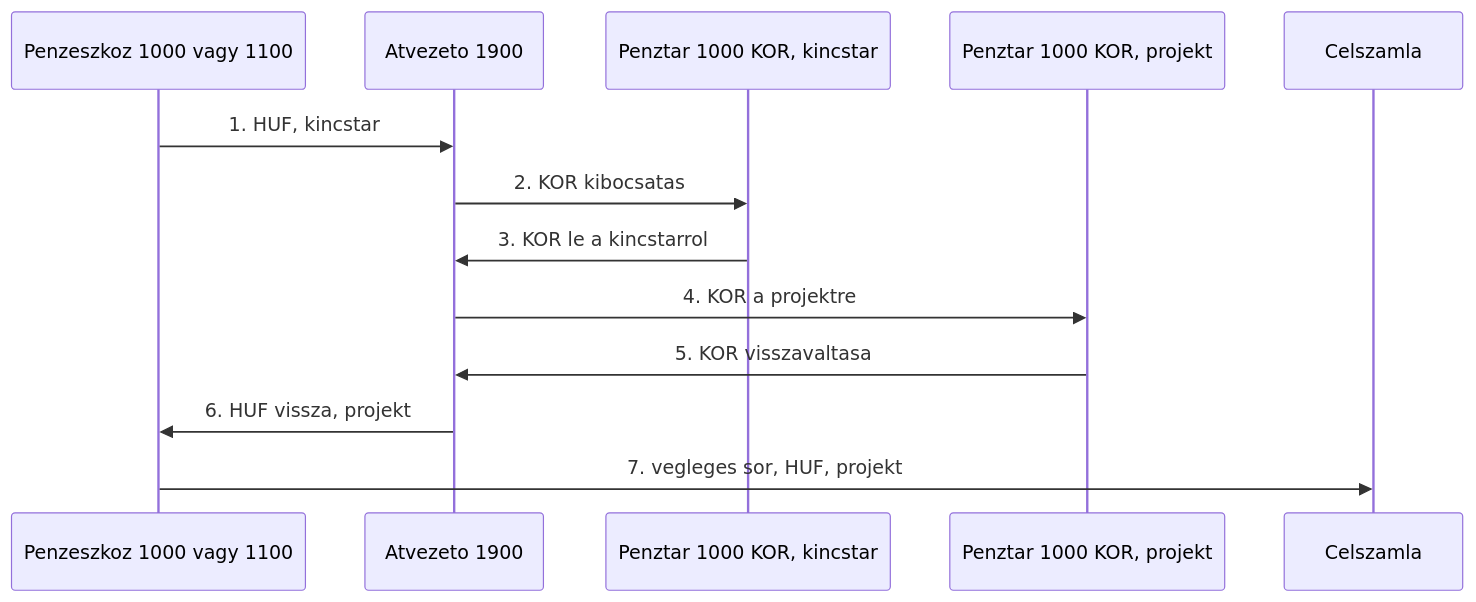
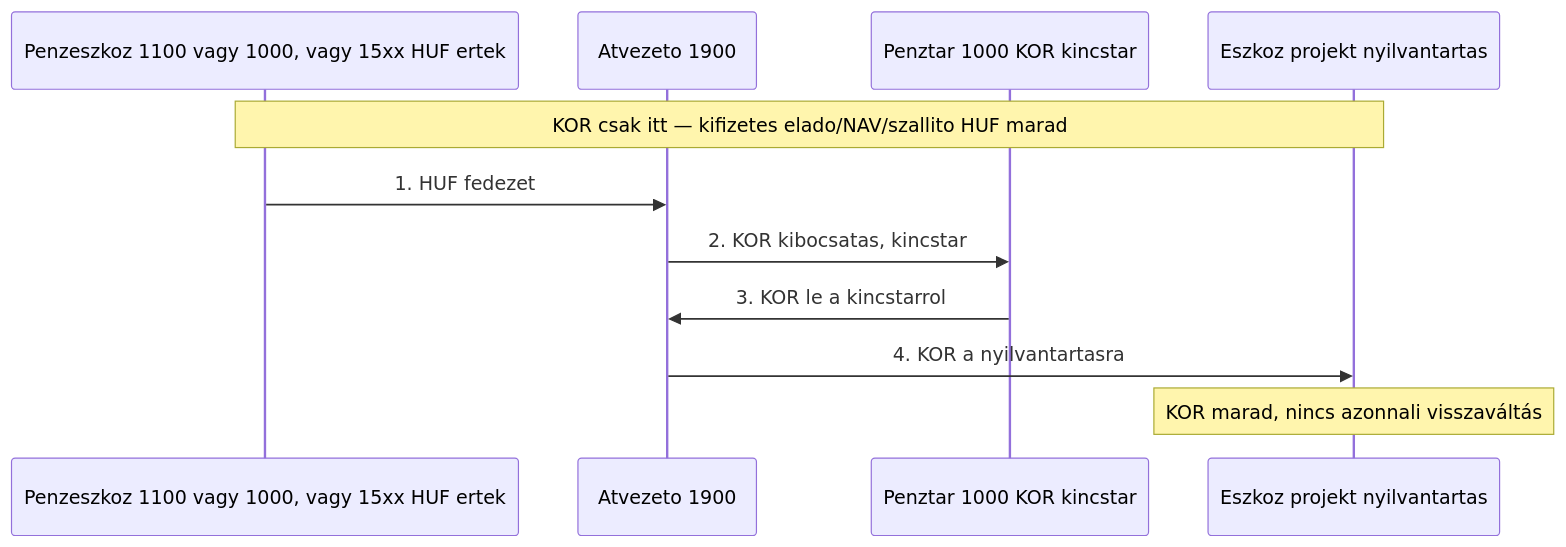
One commit to pitiboy/curr changed the second of 15 diagrams in docs/transaction-workflow.md. Above: the diagram before and after it, drawn with Mermaid. The commit also changed other lines of this file and 31 other files, not shown here.

````diff
--- a/docs/transaction-workflow.md
+++ b/docs/transaction-workflow.md
@@ -137,16 +156,14 @@
 ```mermaid
 sequenceDiagram
-  participant Penz as Penzeszkoz 1000 vagy 1100
+  participant Fedezet as Penzeszkoz 1100 vagy 1000, vagy 15xx HUF ertek
   participant Atv as Atvezeto 1900
-  participant Kincstar as Penztar 1000 KOR, kincstar
-  participant Projekt as Penztar 1000 KOR, projekt
-  participant Cel as Celszamla
+  participant Kincstar as Penztar 1000 KOR kincstar
+  participant Nyilv as Eszkoz projekt nyilvantartas
 
-  Penz->>Atv: 1. HUF, kincstar
-  Atv->>Kincstar: 2. KOR kibocsatas
+  Note over Fedezet,Nyilv: KOR csak itt — kifizetes elado/NAV/szallito HUF marad
+  Fedezet->>Atv: 1. HUF fedezet
+  Atv->>Kincstar: 2. KOR kibocsatas, kincstar
   Kincstar->>Atv: 3. KOR le a kincstarrol
-  Atv->>Projekt: 4. KOR a projektre
-  Projekt->>Atv: 5. KOR visszavaltasa
-  Atv->>Penz: 6. HUF vissza, projekt
-  Penz->>Cel: 7. vegleges sor, HUF, projekt
+  Atv->>Nyilv: 4. KOR a nyilvantartasra
+  Note over Nyilv: KOR marad, nincs azonnali visszaváltás
 ```
````
